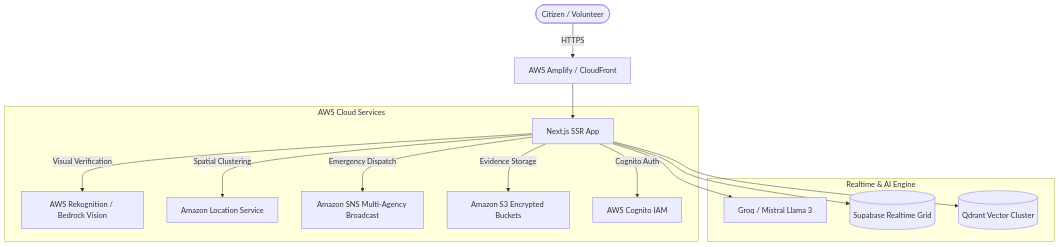
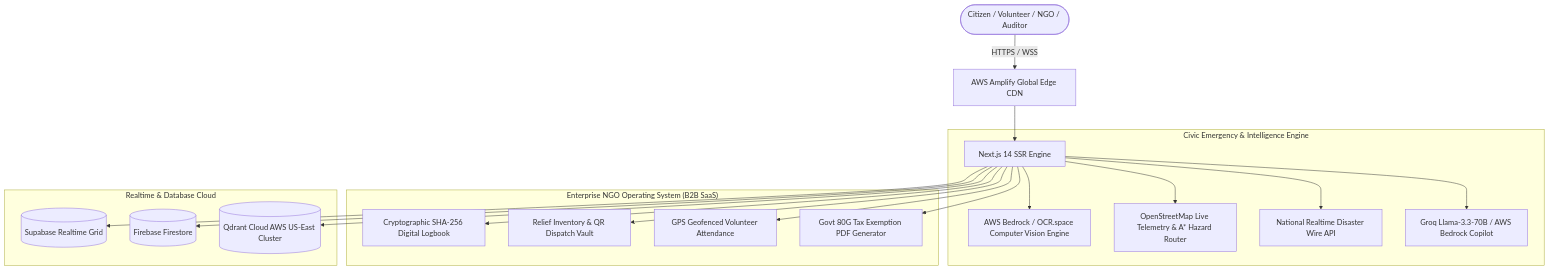
One commit to soumoditt-source/VANNATE_THE_OS_FULLSTACK_SHINOBI_SOUMODITYA-DAS changed the diagram in README.md. Above: the diagram before and after it, drawn with Mermaid. The commit also changed other lines of this file and 15 other files, not shown here.

Commit message:
feat: complete fullstack Vannate OS with authentic Geeta Shlokas, sacred UI logo, live maps, telemetry, and automated runner

````diff
--- a/README.md
+++ b/README.md
@@ -49,19 +160,25 @@
 ```mermaid
 graph TD
-    User([Citizen / Volunteer]) -->|HTTPS| CF[AWS Amplify / CloudFront]
-    CF --> NextSSR[Next.js SSR App]
-    
-    subgraph AWS Cloud Services
-        NextSSR -->|Visual Verification| Rekog[AWS Rekognition / Bedrock Vision]
-        NextSSR -->|Spatial Clustering| Location[Amazon Location Service]
-        NextSSR -->|Emergency Dispatch| SNS[Amazon SNS Multi-Agency Broadcast]
-        NextSSR -->|Evidence Storage| S3[Amazon S3 Encrypted Buckets]
-        NextSSR -->|Cognito Auth| Cognito[AWS Cognito IAM]
+    User([Citizen / Volunteer / NGO / Auditor]) -->|HTTPS / WSS| CF[AWS Amplify Global Edge CDN]
+    CF --> NextSSR[Next.js 14 SSR Engine]
+
+    subgraph "Civic Emergency & Intelligence Engine"
+        NextSSR --> Rekog[AWS Bedrock / OCR.space Computer Vision Engine]
+        NextSSR --> OSM[OpenStreetMap Live Telemetry & A* Hazard Router]
+        NextSSR --> NewsWire[National Realtime Disaster Wire API]
+        NextSSR --> VannaAI[Groq Llama-3.3-70B / AWS Bedrock Copilot]
     end
 
-    subgraph Realtime & AI Engine
-        NextSSR --> Groq[Groq / Mistral Llama 3]
+    subgraph "Enterprise NGO Operating System (B2B SaaS)"
+        NextSSR --> Logbook[Cryptographic SHA-256 Digital Logbook]
+        NextSSR --> StockVault[Relief Inventory & QR Dispatch Vault]
+        NextSSR --> Roster[GPS Geofenced Volunteer Attendance]
+        NextSSR --> TaxEngine[Govt 80G Tax Exemption PDF Generator]
+    end
+
+    subgraph "Realtime & Database Cloud"
         NextSSR --> Supa[(Supabase Realtime Grid)]
-        NextSSR --> Qdrant[(Qdrant Vector Cluster)]
+        NextSSR --> Fire[(Firebase Firestore)]
+        NextSSR --> Qdrant[(Qdrant Cloud AWS US-East Cluster)]
     end
 ```
````
